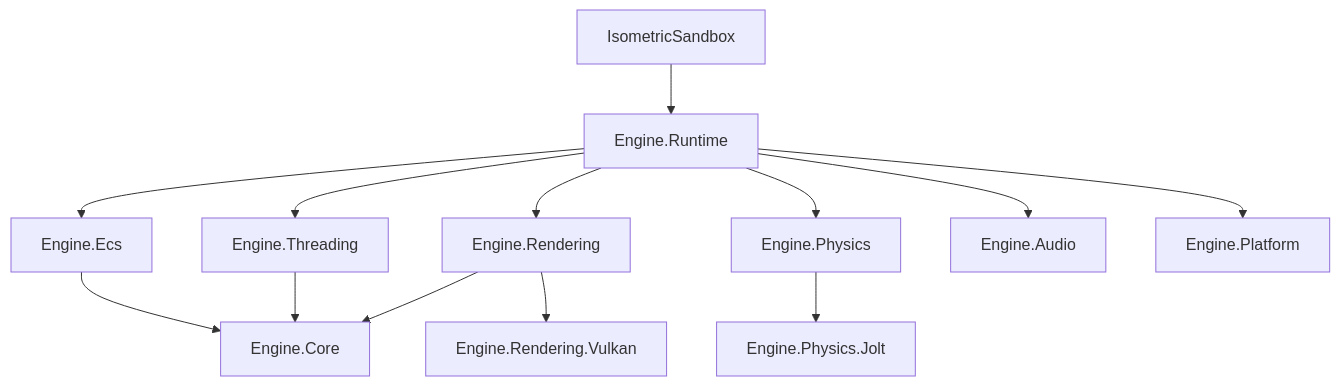
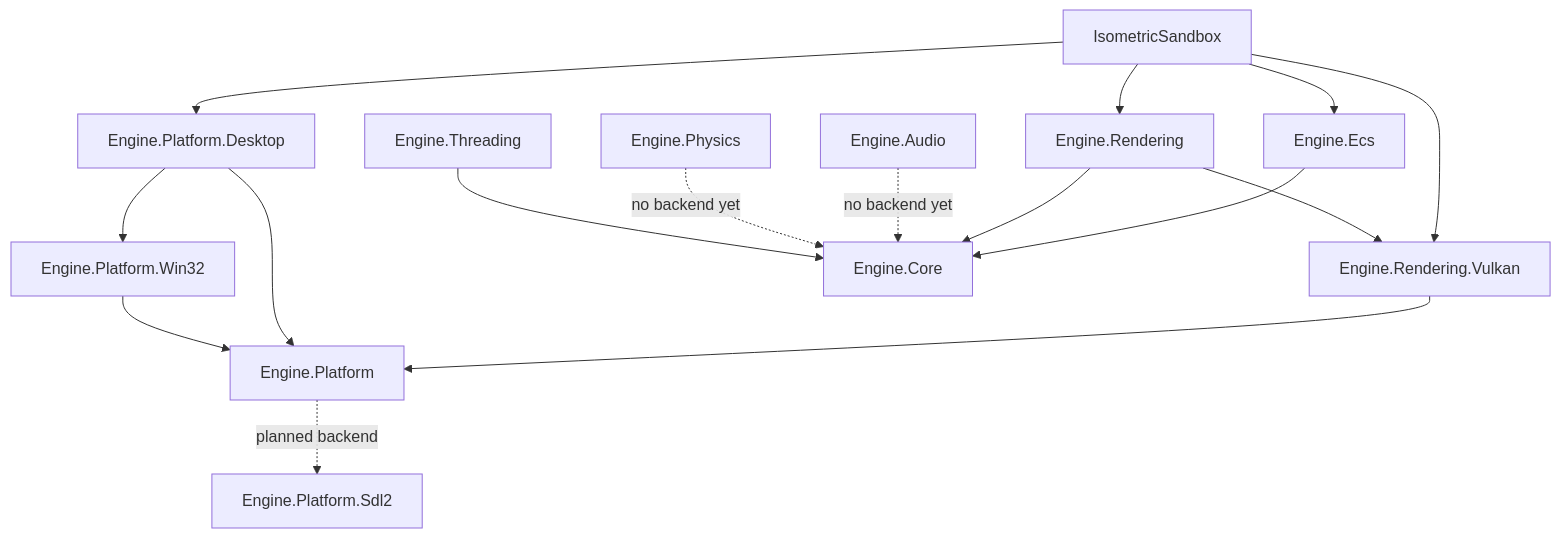
One commit to vgotra/2.5DGameEnginePrototype changed the diagram in docs/Architecture.md. Above: the diagram before and after it, drawn with Mermaid. The commit also changed other lines of this file and 38 other files, not shown here.

````diff
--- a/docs/Architecture.md
+++ b/docs/Architecture.md
@@ -5,15 +5,18 @@
 ```mermaid
 flowchart TD
-  Sample[IsometricSandbox] --> Runtime[Engine.Runtime]
-  Runtime --> ECS[Engine.Ecs]
-  Runtime --> Jobs[Engine.Threading]
-  Runtime --> Render[Engine.Rendering]
-  Render --> Vulkan[Engine.Rendering.Vulkan]
-  Runtime --> Physics[Engine.Physics]
-  Physics --> Jolt[Engine.Physics.Jolt]
-  Runtime --> Audio[Engine.Audio]
-  Runtime --> Platform[Engine.Platform]
+  Sample[IsometricSandbox] --> ECS[Engine.Ecs]
+  Sample --> Render[Engine.Rendering]
+  Sample --> Host[Engine.Platform.Desktop]
+  Sample --> Vulkan[Engine.Rendering.Vulkan]
+  Render --> Vulkan
+  Vulkan --> Platform[Engine.Platform]
+  Host --> Platform
+  Host --> Win32[Engine.Platform.Win32]
+  Win32 --> Platform
   ECS --> Core[Engine.Core]
-  Jobs --> Core
   Render --> Core
+  Platform -. planned backend .-> LinuxSdl[Engine.Platform.Sdl2]
+  Audio[Engine.Audio] -. no backend yet .-> Core
+  Physics[Engine.Physics] -. no backend yet .-> Core
+  Threading[Engine.Threading] --> Core
 ```
````
